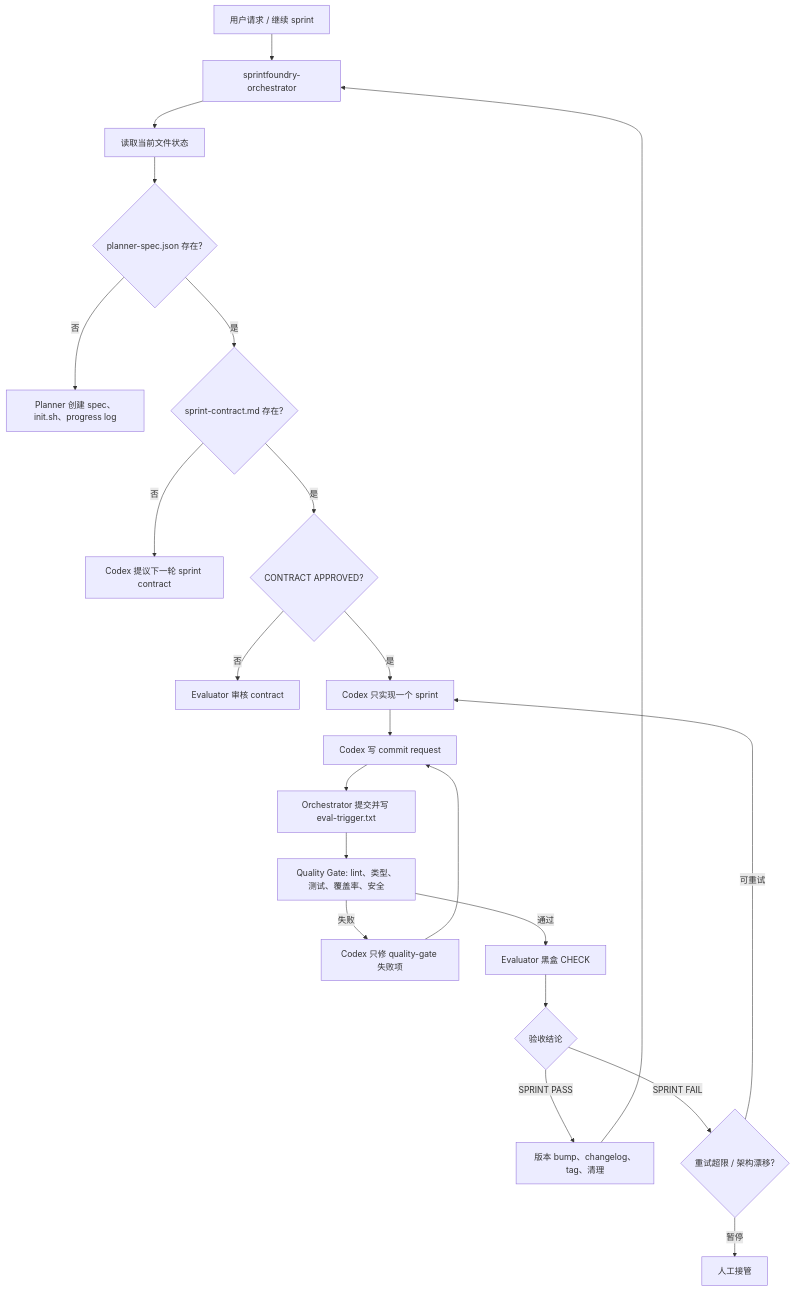
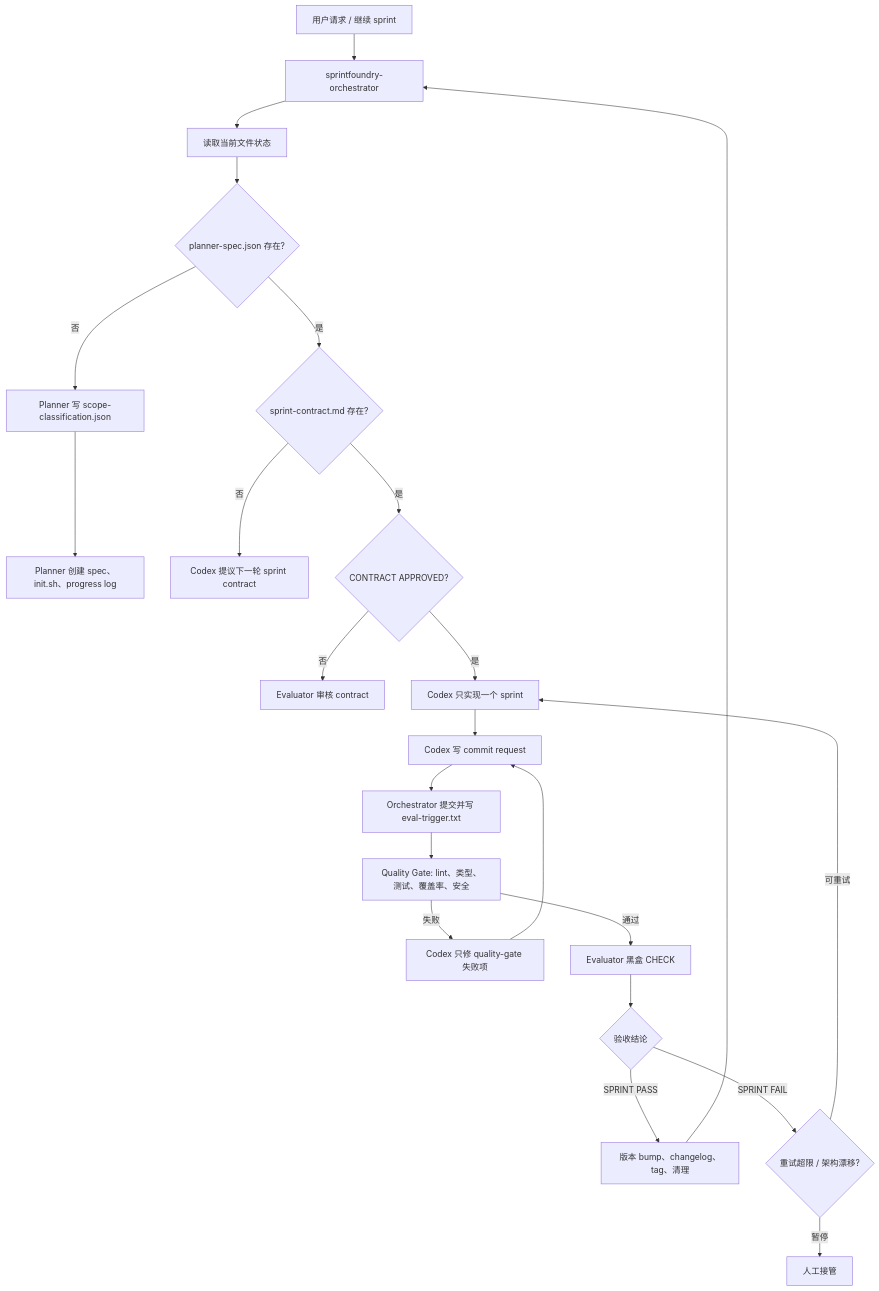
One commit to YuSec2021/sprintfoundry changed the diagram in README.zh-CN.md. Above: the diagram before and after it, drawn with Mermaid. The commit also changed other lines of this file and 12 other files, not shown here.

````diff
--- a/README.zh-CN.md
+++ b/README.zh-CN.md
@@ -79,24 +79,25 @@
 ```mermaid
 flowchart TD
     A["用户请求 / 继续 sprint"] --> O["sprintfoundry-orchestrator"]
     O --> S["读取当前文件状态"]
     S --> P{"planner-spec.json 存在?"}
-    P -- 否 --> PL["Planner 创建 spec、init.sh、progress log"]
+    P -- 否 --> SC["Planner 写 scope-classification.json"]
+    SC --> PL["Planner 创建 spec、init.sh、progress log"]
     P -- 是 --> C{"sprint-contract.md 存在?"}
     C -- 否 --> NC["Codex 提议下一轮 sprint contract"]
     C -- 是 --> A1{"CONTRACT APPROVED?"}
     A1 -- 否 --> CR["Evaluator 审核 contract"]
     A1 -- 是 --> G["Codex 只实现一个 sprint"]
     G --> RQ["Codex 写 commit request"]
     RQ --> T["Orchestrator 提交并写 eval-trigger.txt"]
     T --> Q["Quality Gate: lint、类型、测试、覆盖率、安全"]
     Q -- 失败 --> QF["Codex 只修 quality-gate 失败项"]
     QF --> RQ
     Q -- 通过 --> E["Evaluator 黑盒 CHECK"]
     E --> R{"验收结论"}
     R -- "SPRINT PASS" --> V["版本 bump、changelog、tag、清理"]
     R -- "SPRINT FAIL" --> F{"重试超限 / 架构漂移?"}
     F -- 可重试 --> G
     F -- 暂停 --> H["人工接管"]
     V --> O
 ```
````
